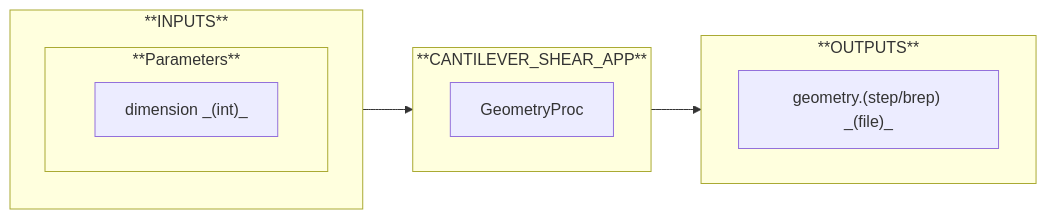
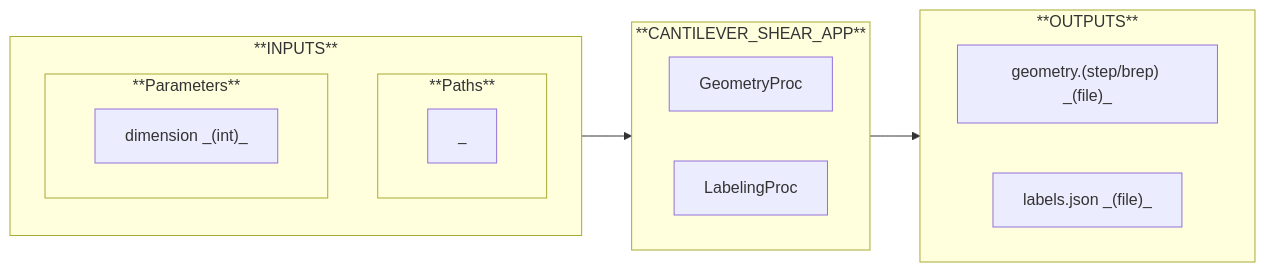
The fourth of 6 diagrams in src/labs/apps/cms/CANTILEVER_SHEAR_APP/README.md (nuremics/nuremics-labs), drawn with Mermaid before and after one commit. The commit also changed other lines of this file, not shown here.

````diff
--- a/src/labs/apps/cms/CANTILEVER_SHEAR_APP/README.md
+++ b/src/labs/apps/cms/CANTILEVER_SHEAR_APP/README.md
@@ -46,24 +75,31 @@
 ```mermaid
 flowchart LR
   subgraph **INPUTS**
     direction TB
+
+    subgraph **Paths**
+      direction LR
+      path["_"]
+    end
 
     subgraph **Parameters**
       direction LR
       param1["dimension _(int)_"]
     end
   end
 
   subgraph **CANTILEVER_SHEAR_APP**
     direction RL
     proc1["GeometryProc"]
+    proc2["LabelingProc"]
   end
 
   subgraph **OUTPUTS**
     direction RL
     out1["geometry.(step/brep) _(file)_"]
+    out2["labels.json _(file)_"]
   end
 
   **INPUTS** --> **CANTILEVER_SHEAR_APP**
   **CANTILEVER_SHEAR_APP** --> **OUTPUTS**
 ```
````
